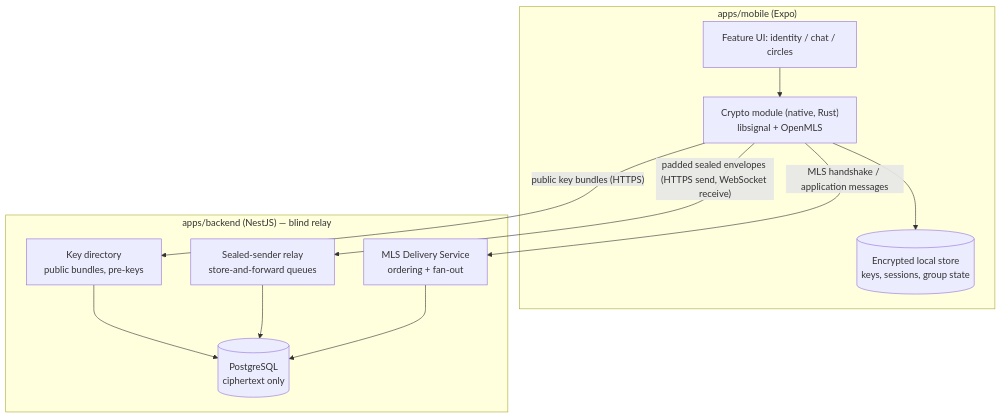
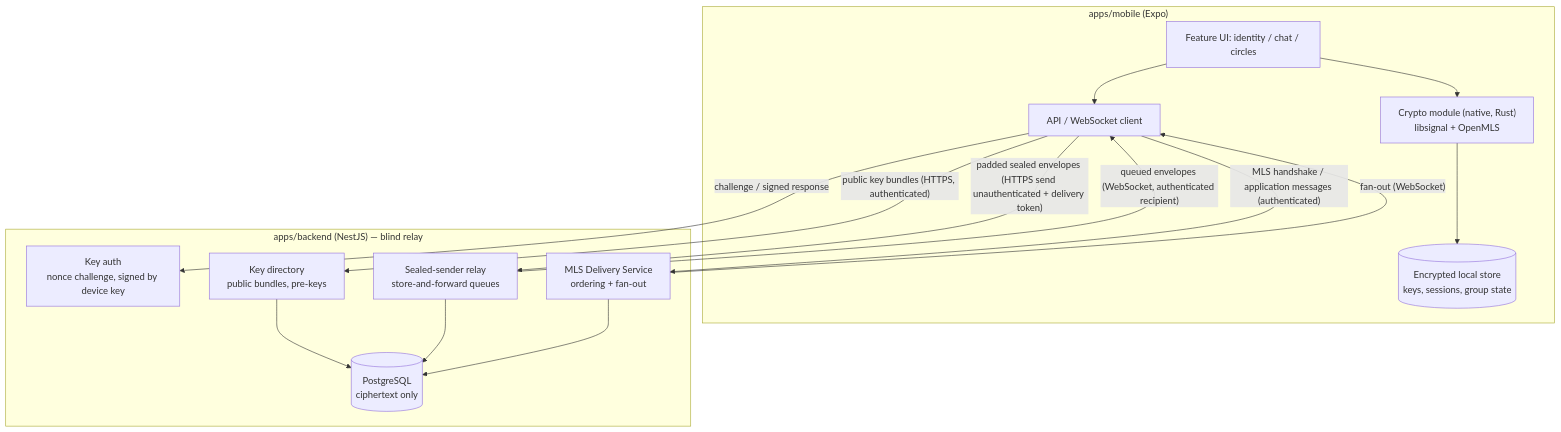
One commit to benoit-bremaud/huis-clos changed the diagram in docs/architecture/diagrams/e2e-messaging/02-component.md. Above: the diagram before and after it, drawn with Mermaid. The commit also changed other lines of this file and 8 other files, not shown here.

````diff
--- a/docs/architecture/diagrams/e2e-messaging/02-component.md
+++ b/docs/architecture/diagrams/e2e-messaging/02-component.md
@@ -12,24 +12,30 @@
 ```mermaid
 flowchart TB
     subgraph Mobile["apps/mobile (Expo)"]
         UI[Feature UI: identity / chat / circles]
         Crypto["Crypto module (native, Rust)<br/>libsignal + OpenMLS"]
         Store[("Encrypted local store<br/>keys, sessions, group state")]
+        Net[API / WebSocket client]
         UI --> Crypto
+        UI --> Net
         Crypto --> Store
     end
 
     subgraph Backend["apps/backend (NestJS) — blind relay"]
+        Auth[Key auth<br/>nonce challenge, signed by device key]
         Keys[Key directory<br/>public bundles, pre-keys]
         Relay[Sealed-sender relay<br/>store-and-forward queues]
         DS[MLS Delivery Service<br/>ordering + fan-out]
         DB[("PostgreSQL<br/>ciphertext only")]
         Keys --> DB
         Relay --> DB
         DS --> DB
     end
 
-    Crypto -- "public key bundles (HTTPS)" --> Keys
-    Crypto -- "padded sealed envelopes (HTTPS send, WebSocket receive)" --> Relay
-    Crypto -- "MLS handshake / application messages" --> DS
+    Net -- "challenge / signed response" --> Auth
+    Net -- "public key bundles (HTTPS, authenticated)" --> Keys
+    Net -- "padded sealed envelopes (HTTPS send unauthenticated + delivery token)" --> Relay
+    Relay -- "queued envelopes (WebSocket, authenticated recipient)" --> Net
+    Net -- "MLS handshake / application messages (authenticated)" --> DS
+    DS -- "fan-out (WebSocket)" --> Net
 ```
````
